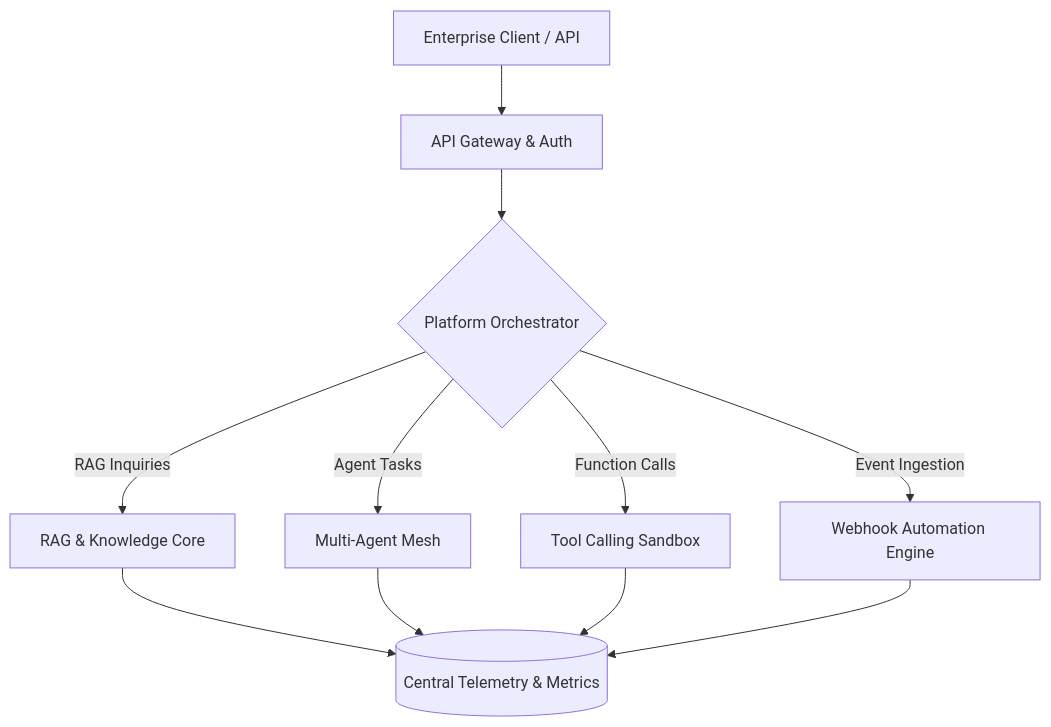
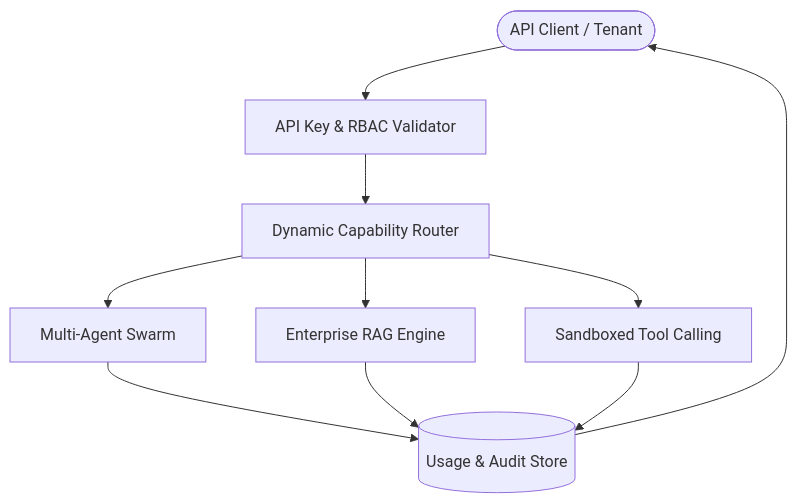
Before and after one commit to erhatechnologiesai/automation-platform: the diagram in README.md, drawn with Mermaid. The commit also changed other lines of this file, not shown here.

Commit message:
docs: update automation-platform documentation

````diff
--- a/README.md
+++ b/README.md
@@ -15,15 +25,12 @@
 ```mermaid
 flowchart TD
-    Client[Enterprise Client / API] --> Gateway[API Gateway & Auth]
-    Gateway --> Router{Platform Orchestrator}
-    
-    Router -->|RAG Inquiries| RAG[RAG & Knowledge Core]
-    Router -->|Agent Tasks| Agents[Multi-Agent Mesh]
-    Router -->|Function Calls| Tools[Tool Calling Sandbox]
-    Router -->|Event Ingestion| Webhooks[Webhook Automation Engine]
-    
-    RAG --> Telemetry[(Central Telemetry & Metrics)]
-    Agents --> Telemetry
+    Client([API Client / Tenant]) --> Auth[API Key & RBAC Validator]
+    Auth --> Router[Dynamic Capability Router]
+    Router --> Agents[Multi-Agent Swarm]
+    Router --> RAG[Enterprise RAG Engine]
+    Router --> Tools[Sandboxed Tool Calling]
+    Agents --> Telemetry[(Usage & Audit Store)]
+    RAG --> Telemetry
     Tools --> Telemetry
-    Webhooks --> Telemetry
+    Telemetry --> Client
 ```
````
